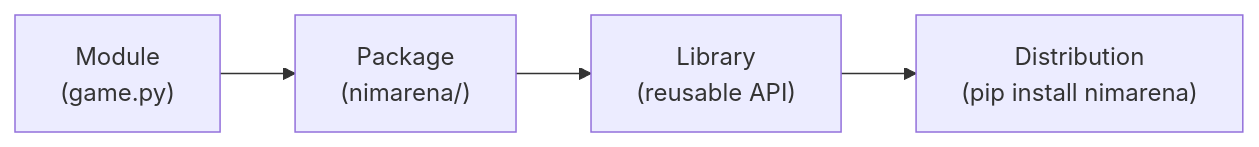
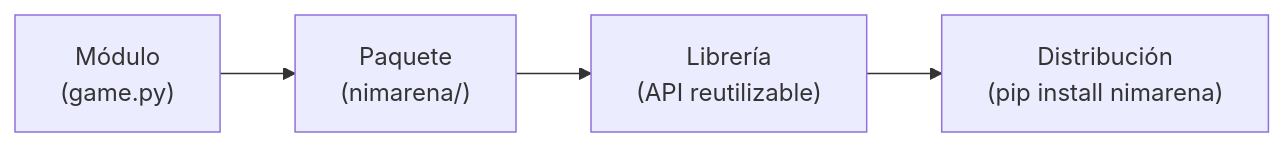
One commit to jparisu/nim-arena changed the diagram in docs/guide/python-library/library.md. Above: the diagram before and after it, drawn with Mermaid. The commit also changed other lines of this file and 159 other files, not shown here.

````diff
--- a/docs/guide/python-library/library.md
+++ b/docs/guide/python-library/library.md
@@ -28,6 +31,6 @@
 ```mermaid
 flowchart LR
-    M["Module<br/>(game.py)"] --> P["Package<br/>(nimarena/)"]
-    P --> L["Library<br/>(reusable API)"]
-    L --> D["Distribution<br/>(pip install nimarena)"]
+    M["Módulo<br/>(game.py)"] --> P["Paquete<br/>(nimarena/)"]
+    P --> L["Librería<br/>(API reutilizable)"]
+    L --> D["Distribución<br/>(pip install nimarena)"]
 ```
````
